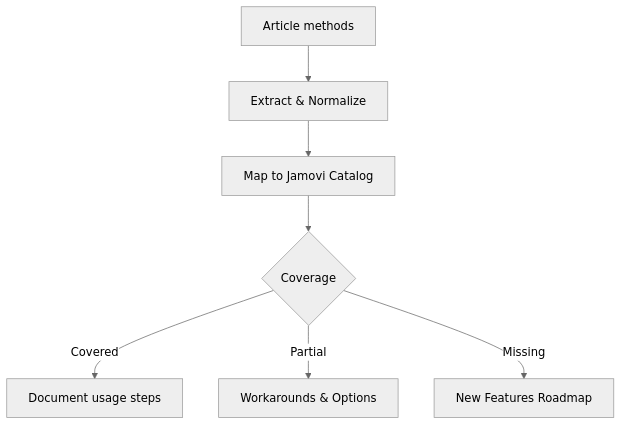
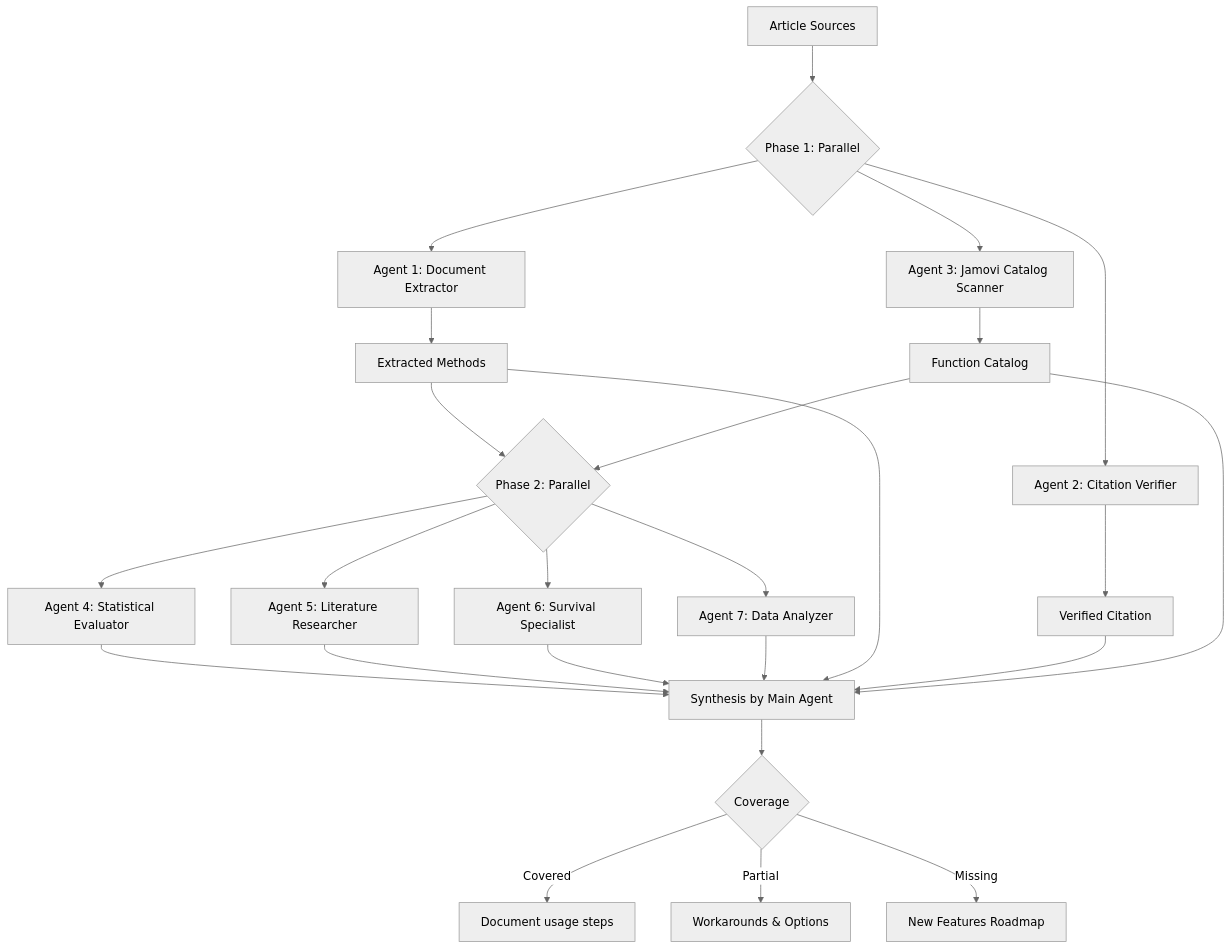
The first of 2 diagrams in .claude/commands/review-article-stats.md (sbalci/ClinicoPathJamoviModule), drawn with Mermaid (neutral theme) before and after one commit. The commit also changed other lines of this file and 153 other files, not shown here.

Commit message:
0.0.37.07 feat: Add ordinal mixed model functionality, comprehensive documentation vignettes, and update existing survival and ROC modules with new tests and data.

````diff
--- a/.claude/commands/review-article-stats.md
+++ b/.claude/commands/review-article-stats.md
@@ -290,11 +584,29 @@
 ```mermaid
 
 flowchart TD
-A[Article methods] --> B[Extract & Normalize]
-B --> C[Map to Jamovi Catalog]
-C --> D{Coverage}
+A[Article Sources] --> P1{Phase 1: Parallel}
+P1 --> B1[Agent 1: Document Extractor]
+P1 --> B2[Agent 2: Citation Verifier]
+P1 --> B3[Agent 3: Jamovi Catalog Scanner]
+B1 --> S1[Extracted Methods]
+B2 --> S2[Verified Citation]
+B3 --> S3[Function Catalog]
+S1 --> P2{Phase 2: Parallel}
+S3 --> P2
+P2 --> C1[Agent 4: Statistical Evaluator]
+P2 --> C2[Agent 5: Literature Researcher]
+P2 --> C3[Agent 6: Survival Specialist]
+P2 --> C4[Agent 7: Data Analyzer]
+C1 --> SYN[Synthesis by Main Agent]
+C2 --> SYN
+C3 --> SYN
+C4 --> SYN
+S1 --> SYN
+S2 --> SYN
+S3 --> SYN
+SYN --> D{Coverage}
 D -->|Covered| E[Document usage steps]
 D -->|Partial| F[Workarounds & Options]
 D -->|Missing| G[New Features Roadmap]
 
 ```
````
